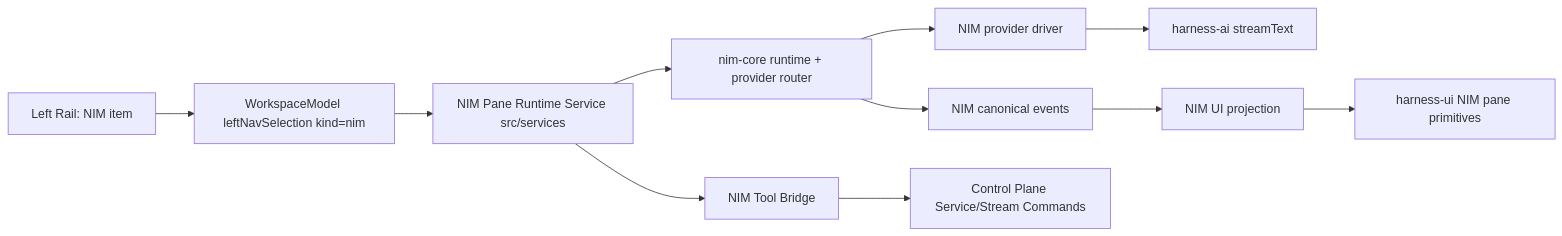
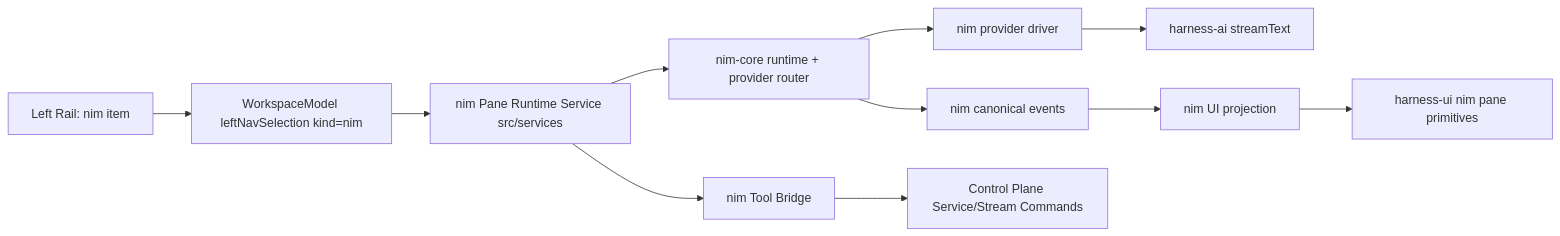
The diagram in nim.md (jmoyers/harness), drawn with Mermaid before and after one commit. The commit also changed other lines of this file and 1 other file, not shown here.

Commit message:
docs: normalize nim terminology to lowercase

````diff
--- a/nim.md
+++ b/nim.md
@@ -44,13 +44,13 @@
 ```mermaid
 flowchart LR
-  A[Left Rail: NIM item] --> B[WorkspaceModel leftNavSelection kind=nim]
-  B --> C[NIM Pane Runtime Service src/services]
+  A[Left Rail: nim item] --> B[WorkspaceModel leftNavSelection kind=nim]
+  B --> C[nim Pane Runtime Service src/services]
   C --> D[nim-core runtime + provider router]
-  D --> E[NIM provider driver]
+  D --> E[nim provider driver]
   E --> F[harness-ai streamText]
-  C --> G[NIM Tool Bridge]
+  C --> G[nim Tool Bridge]
   G --> H[Control Plane Service/Stream Commands]
-  D --> I[NIM canonical events]
-  I --> J[NIM UI projection]
-  J --> K[harness-ui NIM pane primitives]
+  D --> I[nim canonical events]
+  I --> J[nim UI projection]
+  J --> K[harness-ui nim pane primitives]
 ```
````
